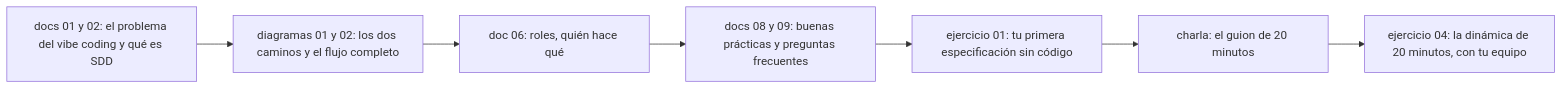
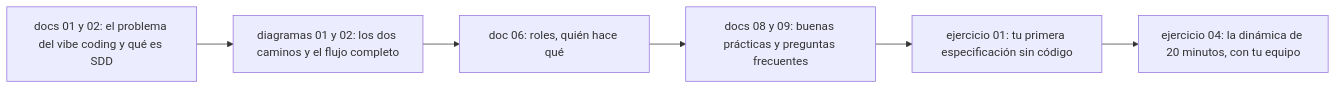
One commit to antroc/charla-sdd changed the second of 5 diagrams in diagramas/06-mapa-del-repositorio.md. Above: the diagram before and after it, drawn with Mermaid. The commit also changed other lines of this file and 18 other files, not shown here.

````diff
--- a/diagramas/06-mapa-del-repositorio.md
+++ b/diagramas/06-mapa-del-repositorio.md
@@ -79,9 +76,8 @@
 ```mermaid
 flowchart LR
   a["docs 01 y 02: el problema del vibe coding y qué es SDD"] --> b["diagramas 01 y 02: los dos caminos y el flujo completo"]
   b --> c["doc 06: roles, quién hace qué"]
   c --> d["docs 08 y 09: buenas prácticas y preguntas frecuentes"]
   d --> e["ejercicio 01: tu primera especificación sin código"]
-  e --> f["charla: el guion de 20 minutos"]
-  f --> g["ejercicio 04: la dinámica de 20 minutos, con tu equipo"]
+  e --> f["ejercicio 04: la dinámica de 20 minutos, con tu equipo"]
 ```
````
